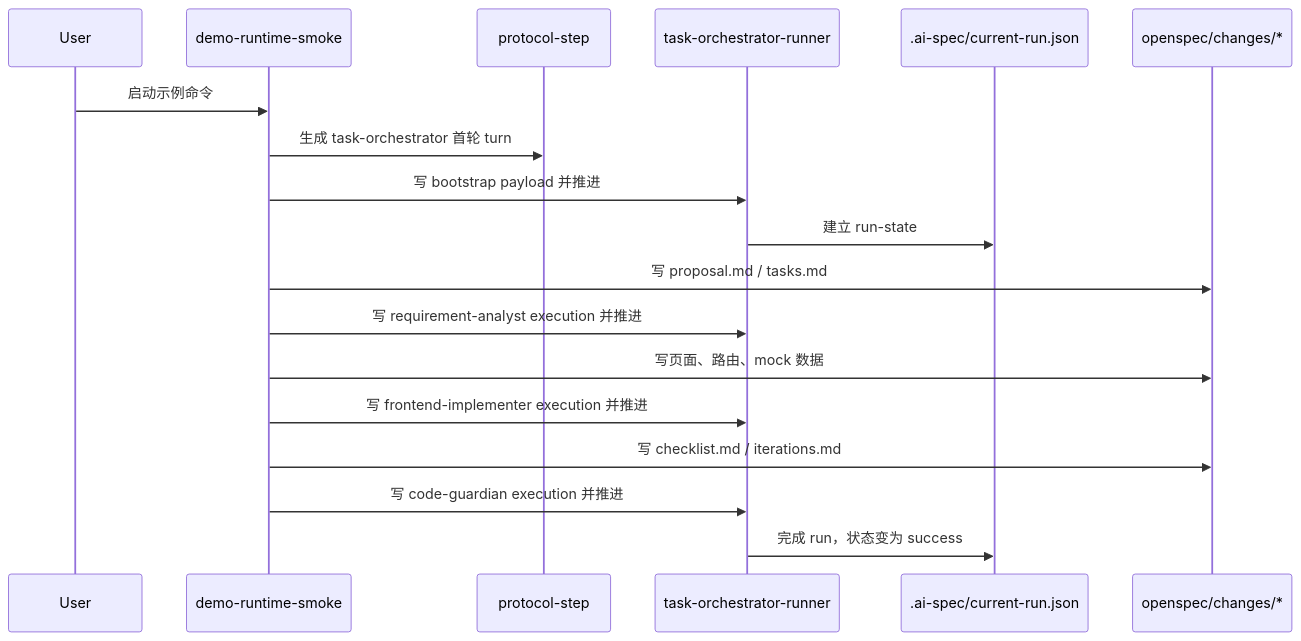
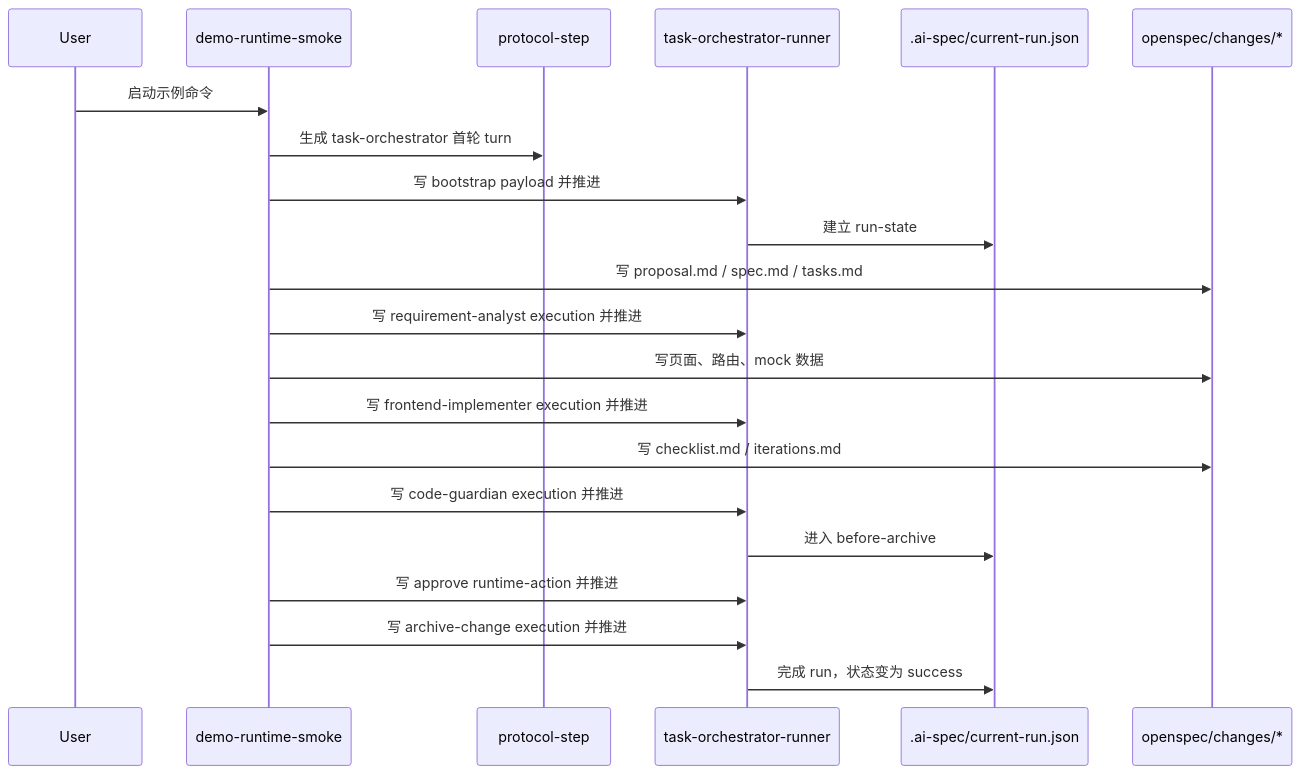
Before and after one commit to Colouful/br-ai-spec: the diagram in docs/paser_three/最小示例运行说明.md, drawn with Mermaid. The commit also changed other lines of this file and 48 other files, not shown here.

````diff
--- a/docs/paser_three/最小示例运行说明.md
+++ b/docs/paser_three/最小示例运行说明.md
@@ -74,21 +72,24 @@
 ```mermaid
 sequenceDiagram
   participant User as User
   participant Demo as demo-runtime-smoke
   participant Protocol as protocol-step
   participant Runner as task-orchestrator-runner
   participant Runtime as .ai-spec/current-run.json
   participant OpenSpec as openspec/changes/*
 
   User->>Demo: 启动示例命令
   Demo->>Protocol: 生成 task-orchestrator 首轮 turn
   Demo->>Runner: 写 bootstrap payload 并推进
   Runner->>Runtime: 建立 run-state
-  Demo->>OpenSpec: 写 proposal.md / tasks.md
+  Demo->>OpenSpec: 写 proposal.md / spec.md / tasks.md
   Demo->>Runner: 写 requirement-analyst execution 并推进
   Demo->>OpenSpec: 写页面、路由、mock 数据
   Demo->>Runner: 写 frontend-implementer execution 并推进
   Demo->>OpenSpec: 写 checklist.md / iterations.md
   Demo->>Runner: 写 code-guardian execution 并推进
+  Runner->>Runtime: 进入 before-archive
+  Demo->>Runner: 写 approve runtime-action 并推进
+  Demo->>Runner: 写 archive-change execution 并推进
   Runner->>Runtime: 完成 run，状态变为 success
 ```
````
